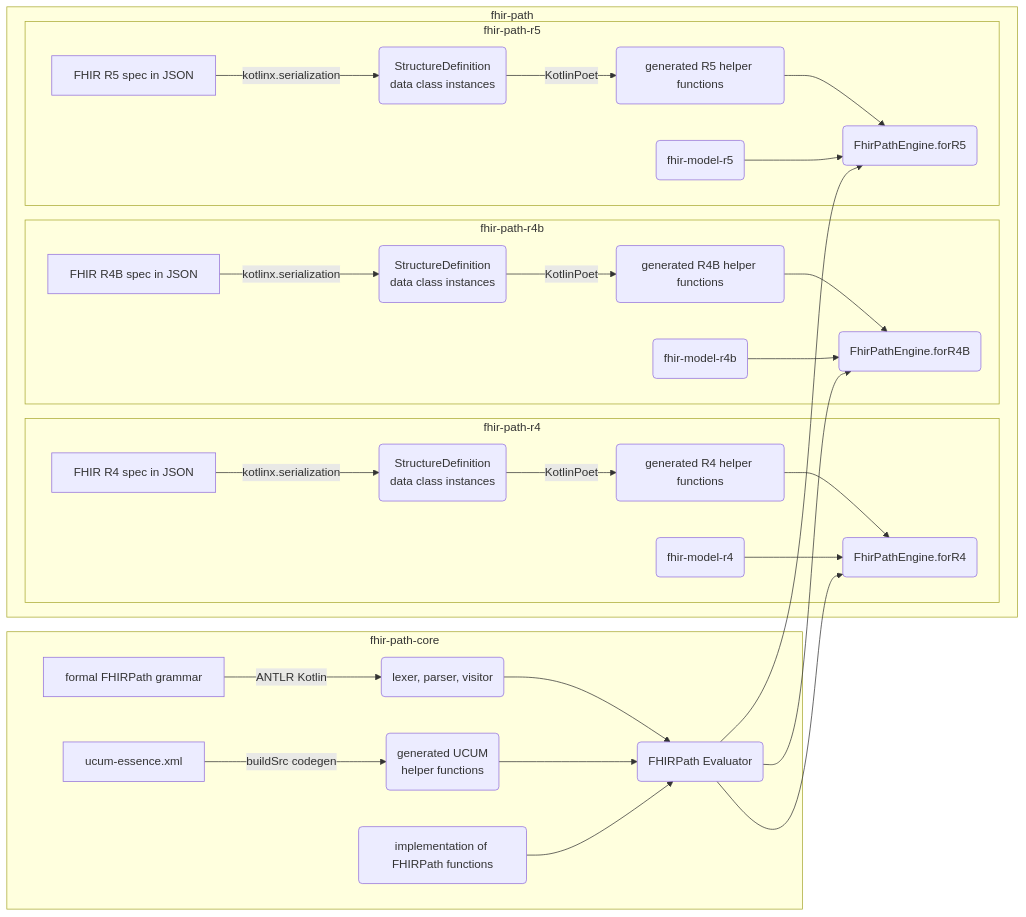
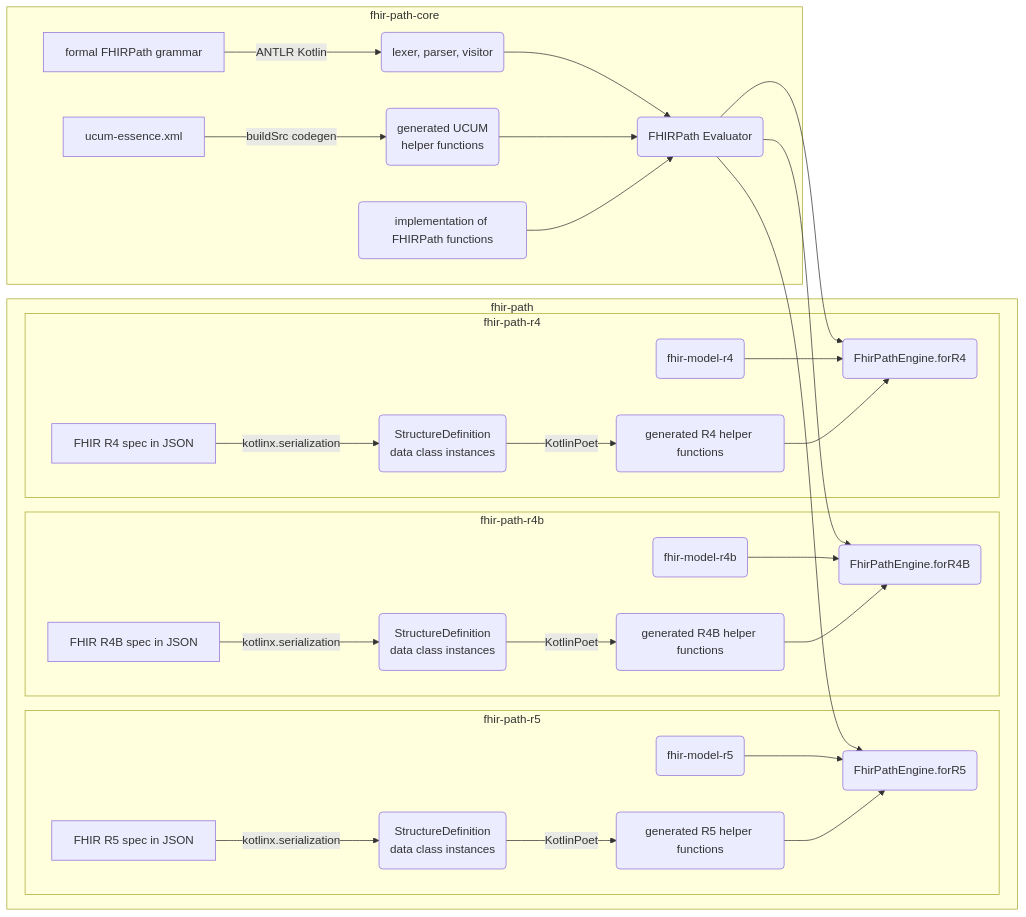
The diagram in README.md (jingtang10/kotlin-fhirpath), drawn with Mermaid before and after one commit. The commit also changed other lines of this file and 4 other files, not shown here.

````diff
--- a/README.md
+++ b/README.md
@@ -96,36 +94,44 @@
 ```mermaid
 graph LR
     subgraph fhir-path-core
         GRAMMAR[formal FHIRPath grammar] -- ANTLR Kotlin --> VISITOR(lexer, parser, visitor)
+        VISITOR --> EV(FHIRPath Evaluator)
+
         UE[ucum-essence.xml] -- buildSrc codegen --> UH(generated UCUM<br>helper functions)
-        VISITOR --> EV(FHIRPath Evaluator)
         UH --> EV
+
         IMPL(implementation of FHIRPath functions) --> EV
     end
 
     subgraph fhir-path
-      subgraph fhir-path-r4
-          SPEC4[FHIR R4 spec in JSON] -- kotlinx.serialization --> SD4(StructureDefinition<br>data class instances)
-          SD4 -- KotlinPoet --> H4(generated R4 helper functions)
-          H4 --> FPE4(FhirPathEngine.forR4)
-          FM4(fhir-model-r4) --> FPE4
-          EV --> FPE4
+      subgraph fhir-path-r5
+          EV --> FPE5(FhirPathEngine.forR5)
+          
+          FM5(fhir-model-r5) --> FPE5
+
+          SPEC5[FHIR R5 spec in JSON] -- kotlinx.serialization --> SD5(StructureDefinition<br>data class instances)
+          SD5 -- KotlinPoet --> H5(generated R5 helper functions)
+          H5 --> FPE5
       end
   
       subgraph fhir-path-r4b
+          EV --> FPE4B(FhirPathEngine.forR4B)
+
+          FM4B(fhir-model-r4b) --> FPE4B
+
           SPEC4B[FHIR R4B spec in JSON] -- kotlinx.serialization --> SD4B(StructureDefinition<br>data class instances)
           SD4B -- KotlinPoet --> H4B(generated R4B helper functions)
-          H4B --> FPE4B(FhirPathEngine.forR4B)
-          FM4B(fhir-model-r4b) --> FPE4B
-          EV --> FPE4B
+          H4B --> FPE4B
       end
-  
-      subgraph fhir-path-r5
-          SPEC5[FHIR R5 spec in JSON] -- kotlinx.serialization --> SD5(StructureDefinition<br>data class instances)
-          SD5 -- KotlinPoet --> H5(generated R5 helper functions)
-          H5 --> FPE5(FhirPathEngine.forR5)
-          FM5(fhir-model-r5) --> FPE5
-          EV --> FPE5
+
+      subgraph fhir-path-r4
+          EV --> FPE4(FhirPathEngine.forR4)
+
+          FM4(fhir-model-r4) --> FPE4
+
+          SPEC4[FHIR R4 spec in JSON] -- kotlinx.serialization --> SD4(StructureDefinition<br>data class instances)
+          SD4 -- KotlinPoet --> H4(generated R4 helper functions)
+          H4 --> FPE4
       end
     end
 ```
````
